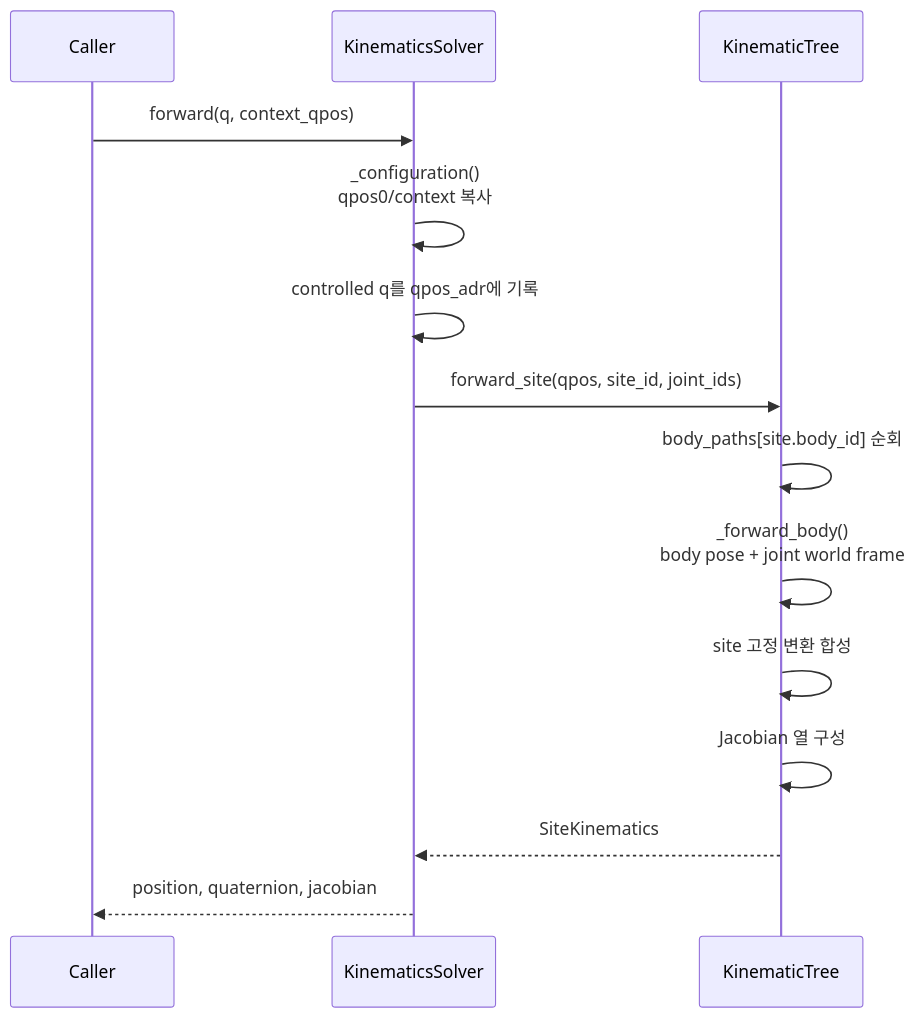
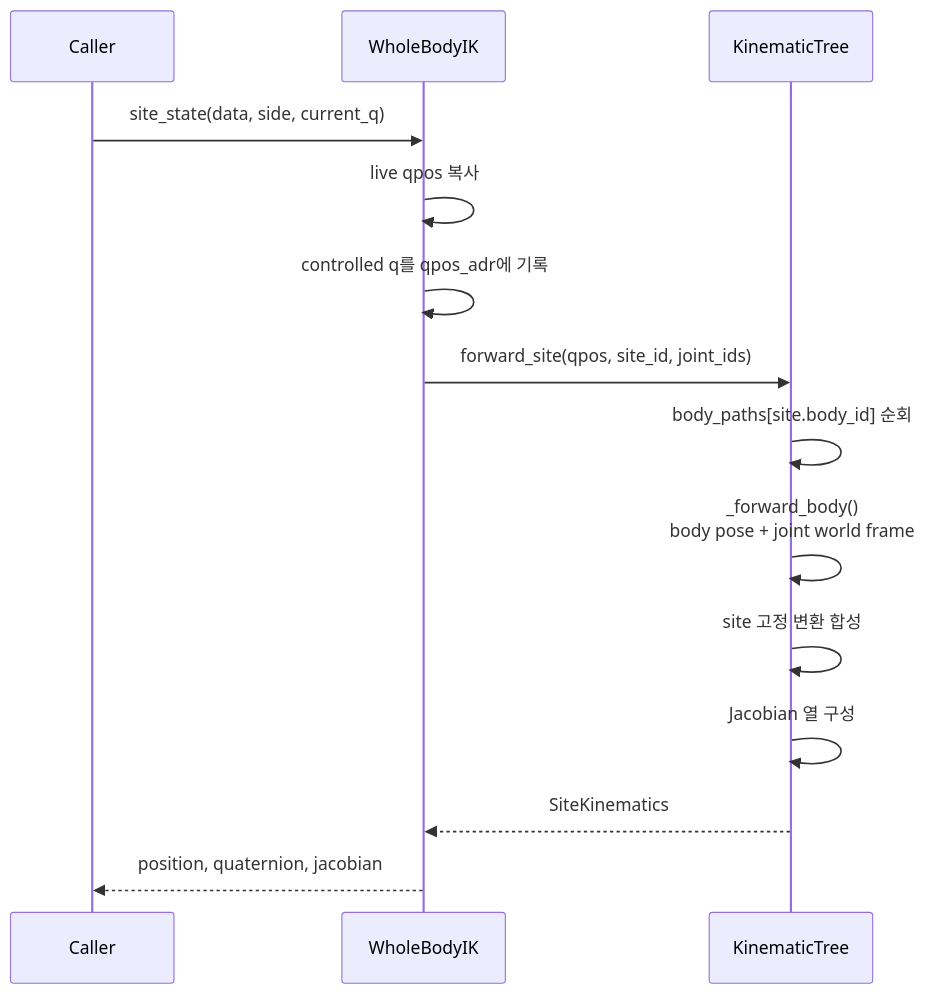
Before and after one commit to Geonhee-LEE/aiworker-mj-lab: the second of 2 diagrams in docs/guide/kinematic-tree.md, drawn with Mermaid. The commit also changed other lines of this file and 45 other files, not shown here.

Commit message:
Add whole-body IK documentation and pose visualization

````diff
--- a/docs/guide/kinematic-tree.md
+++ b/docs/guide/kinematic-tree.md
@@ -152,17 +152,17 @@
 ```mermaid
 sequenceDiagram
     participant Caller
-    participant Solver as KinematicsSolver
+    participant Controller as WholeBodyIK
     participant Tree as KinematicTree
 
-    Caller->>Solver: forward(q, context_qpos)
-    Solver->>Solver: _configuration()<br>qpos0/context 복사
-    Solver->>Solver: controlled q를 qpos_adr에 기록
-    Solver->>Tree: forward_site(qpos, site_id, joint_ids)
+    Caller->>Controller: site_state(data, side, current_q)
+    Controller->>Controller: live qpos 복사
+    Controller->>Controller: controlled q를 qpos_adr에 기록
+    Controller->>Tree: forward_site(qpos, site_id, joint_ids)
     Tree->>Tree: body_paths[site.body_id] 순회
     Tree->>Tree: _forward_body()<br>body pose + joint world frame
     Tree->>Tree: site 고정 변환 합성
     Tree->>Tree: Jacobian 열 구성
-    Tree-->>Solver: SiteKinematics
-    Solver-->>Caller: position, quaternion, jacobian
+    Tree-->>Controller: SiteKinematics
+    Controller-->>Caller: position, quaternion, jacobian
 ```
````
